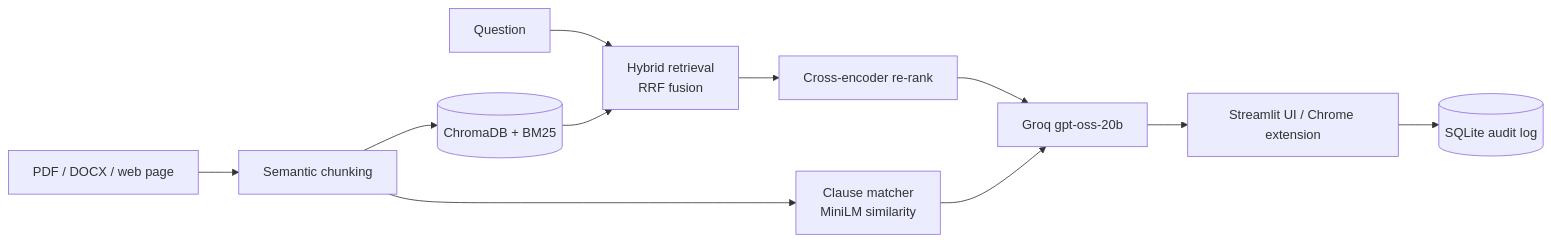
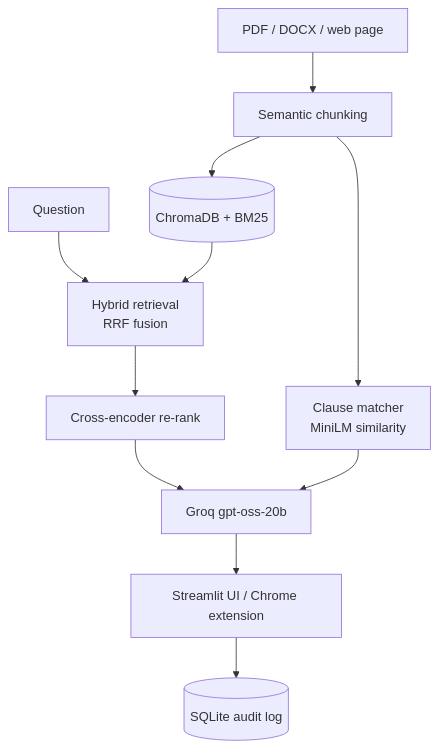
The diagram in README.md (Rasika1200/ClauseWise), drawn with Mermaid before and after one commit.

Commit message:
README: top-down architecture diagram for readability

````diff
--- a/README.md
+++ b/README.md
@@ -38,13 +38,13 @@
 ```mermaid
-graph LR
+graph TD
     A[PDF / DOCX / web page] --> B[Semantic chunking]
     B --> C[Clause matcher<br/>MiniLM similarity]
     B --> D[(ChromaDB + BM25)]
     Q[Question] --> E[Hybrid retrieval<br/>RRF fusion]
     D --> E
     E --> F[Cross-encoder re-rank]
     F --> G[Groq gpt-oss-20b]
     C --> G
     G --> H[Streamlit UI / Chrome extension]
     H --> I[(SQLite audit log)]
 ```
````
